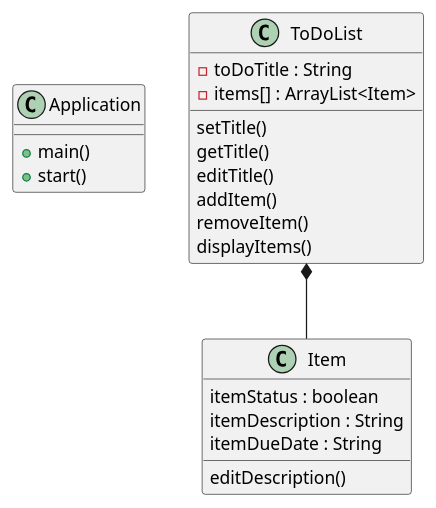
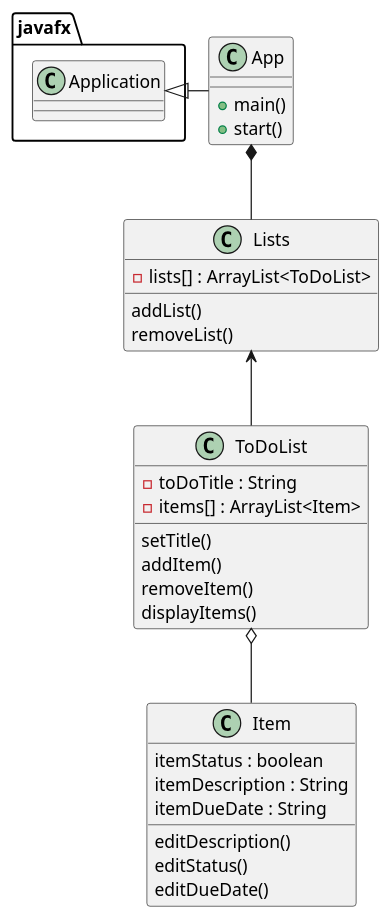
Before and after one commit to nick-vigg/Viggiani-cop330-Assignment4: the diagram in PUML/Assignment4.puml, drawn with PlantUML. The commit also changed 11 other files, not shown here.

```diff
--- a/PUML/Assignment4.puml
+++ b/PUML/Assignment4.puml
@@ -1,31 +1,41 @@
 @startuml
 'https://plantuml.com/class-diagram
 
 
-class Application {
+
+class App {
 + main()
 + start()
+}
+
+class Lists{
+-lists[] : ArrayList<ToDoList>
+addList()
+removeList()
 }
 
 class ToDoList {
 - toDoTitle : String
 - items[] : ArrayList<Item>
 setTitle()
-getTitle()
-editTitle()
 addItem()
 removeItem()
 displayItems()
 }
 
 class Item {
 itemStatus : boolean
 itemDescription : String
 itemDueDate : String
 
 editDescription()
-
+editStatus()
+editDueDate()
 }
 
-ToDoList *-- Item
+javafx.Application <|- App
+App *-- Lists
+Lists <-- ToDoList
+ToDoList o-- Item
+
 @enduml
```
